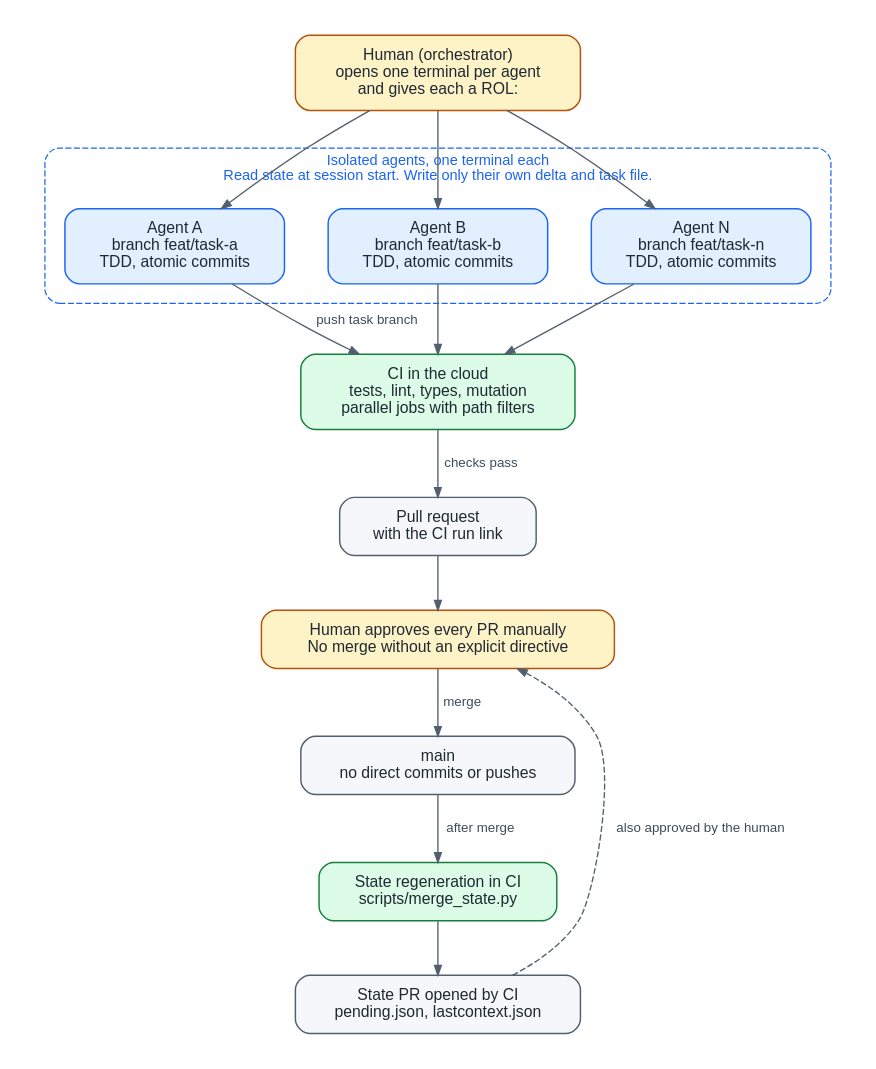
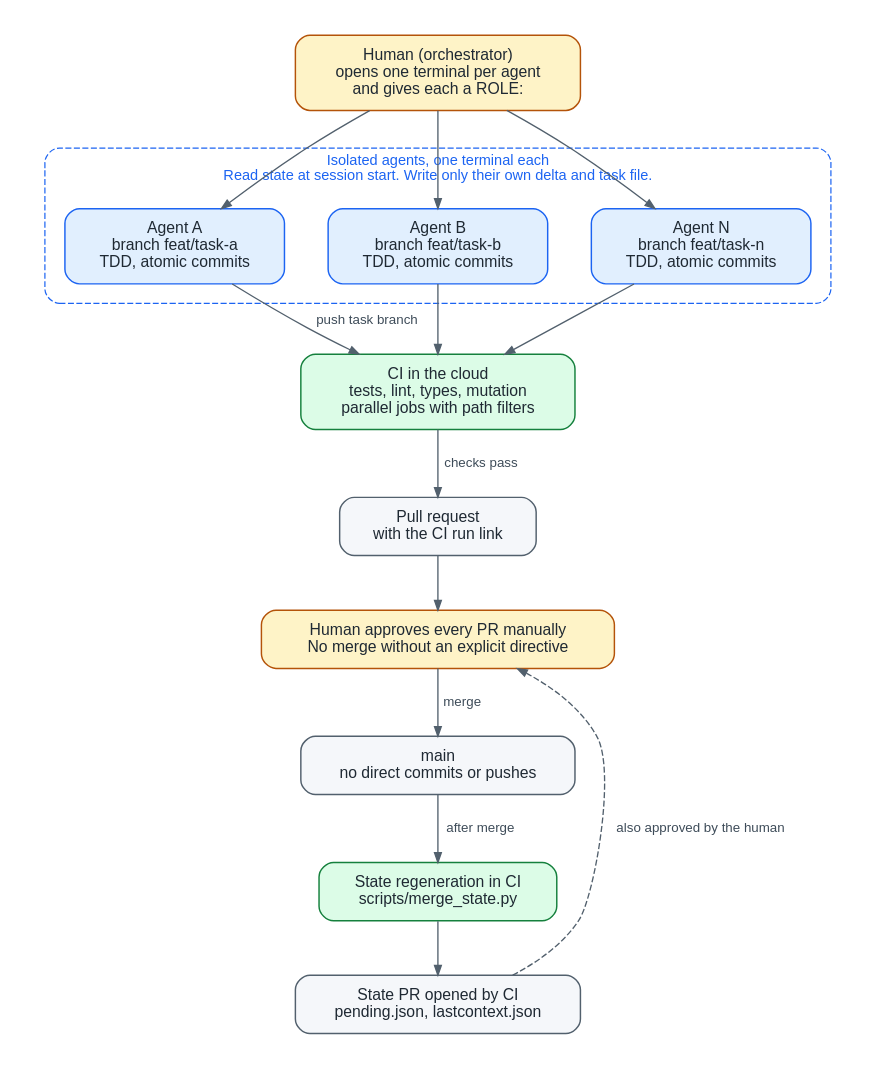
Before and after one commit to agustindiazcano/afaw-anti-fragile-agentic-workflow: the diagram in docs/diagrams/01-overview.dot, drawn with Graphviz. The commit also changed 9 other files, not shown here.

Commit message:
docs(rules): rename ROL to ROLE in instructions and diagrams

```diff
--- a/docs/diagrams/01-overview.dot
+++ b/docs/diagrams/01-overview.dot
@@ -1,40 +1,40 @@
 digraph overview {
   graph [fontname="Helvetica", fontsize=13, bgcolor="white", pad=0.3, nodesep=0.5, ranksep=0.6, splines=true, rankdir=TB];
   node  [shape=box, style="rounded,filled", fontname="Helvetica", fontsize=13, color="#52606d", fillcolor="#f5f7fa", fontcolor="#1f2933", penwidth=1.2, margin="0.25,0.14"];
   edge  [fontname="Helvetica", fontsize=11, color="#52606d", fontcolor="#3e4c59", arrowsize=0.8, penwidth=1.1];
 
   node [fillcolor="#fef3c7", color="#b45309"];
-  human   [label="Human (orchestrator)\nopens one terminal per agent\nand gives each a ROL:"];
+  human   [label="Human (orchestrator)\nopens one terminal per agent\nand gives each a ROLE:"];
   approve [label="Human approves every PR manually\nNo merge without an explicit directive"];
 
   subgraph cluster_agents {
     label="Isolated agents, one terminal each\nRead state at session start. Write only their own delta and task file.";
     labeljust=c; fontsize=12; fontcolor="#1c64f2"; style="rounded,dashed"; color="#1c64f2"; margin=16;
     node [fillcolor="#e1effe", color="#1c64f2"];
     a1 [label="Agent A\nbranch feat/task-a\nTDD, atomic commits"];
     a2 [label="Agent B\nbranch feat/task-b\nTDD, atomic commits"];
     a3 [label="Agent N\nbranch feat/task-n\nTDD, atomic commits"];
   }
 
   node [fillcolor="#dcfce7", color="#15803d"];
   ci      [label="CI in the cloud\ntests, lint, types, mutation\nparallel jobs with path filters"];
   merge   [label="State regeneration in CI\nscripts/merge_state.py"];
 
   node [fillcolor="#f5f7fa", color="#52606d"];
   pr      [label="Pull request\nwith the CI run link"];
   main    [label="main\nno direct commits or pushes"];
   statepr [label="State PR opened by CI\npending.json, lastcontext.json"];
 
   human -> a1;
   human -> a2;
   human -> a3;
   a1 -> ci [label=" push task branch"];
   a2 -> ci;
   a3 -> ci;
   ci -> pr [label=" checks pass"];
   pr -> approve;
   approve -> main [label=" merge"];
   main -> merge [label=" after merge"];
   merge -> statepr;
   statepr -> approve [constraint=false, style=dashed, label=" also approved by the human"];
 }
```
